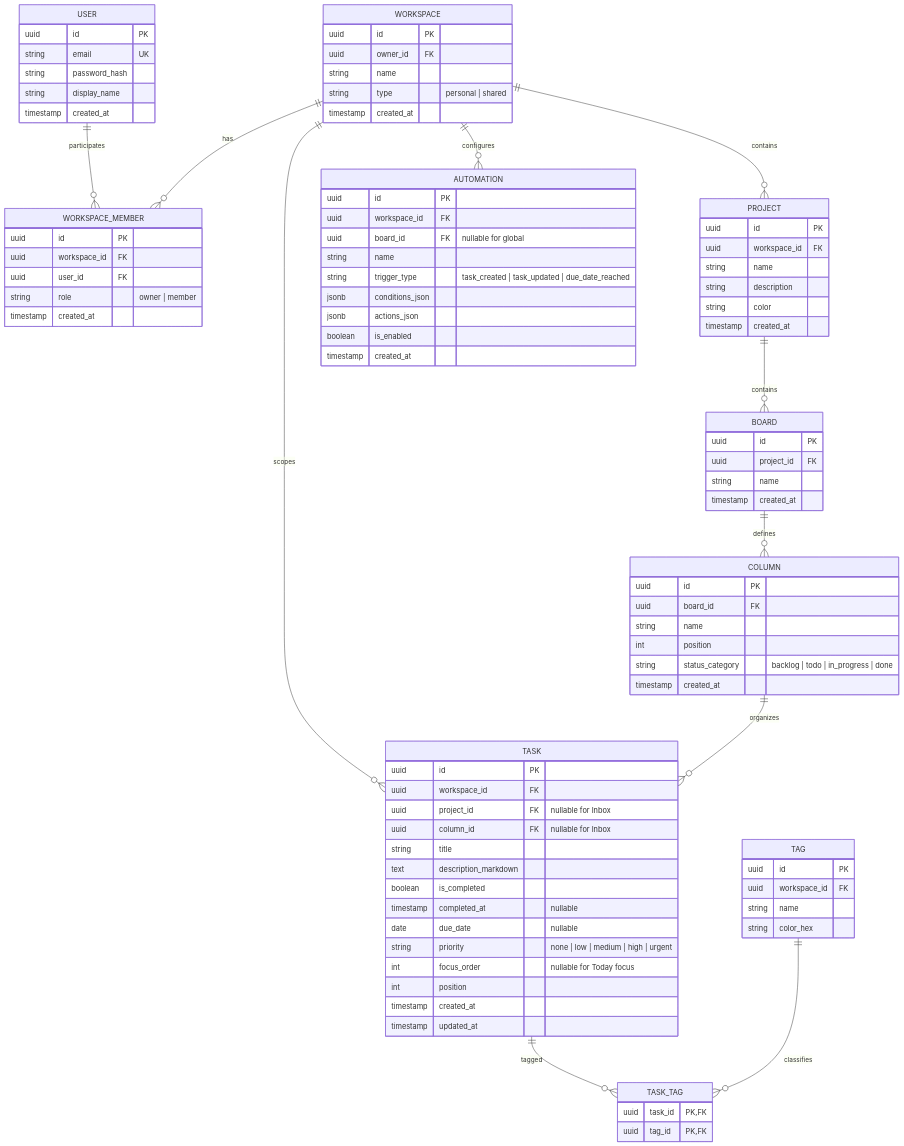
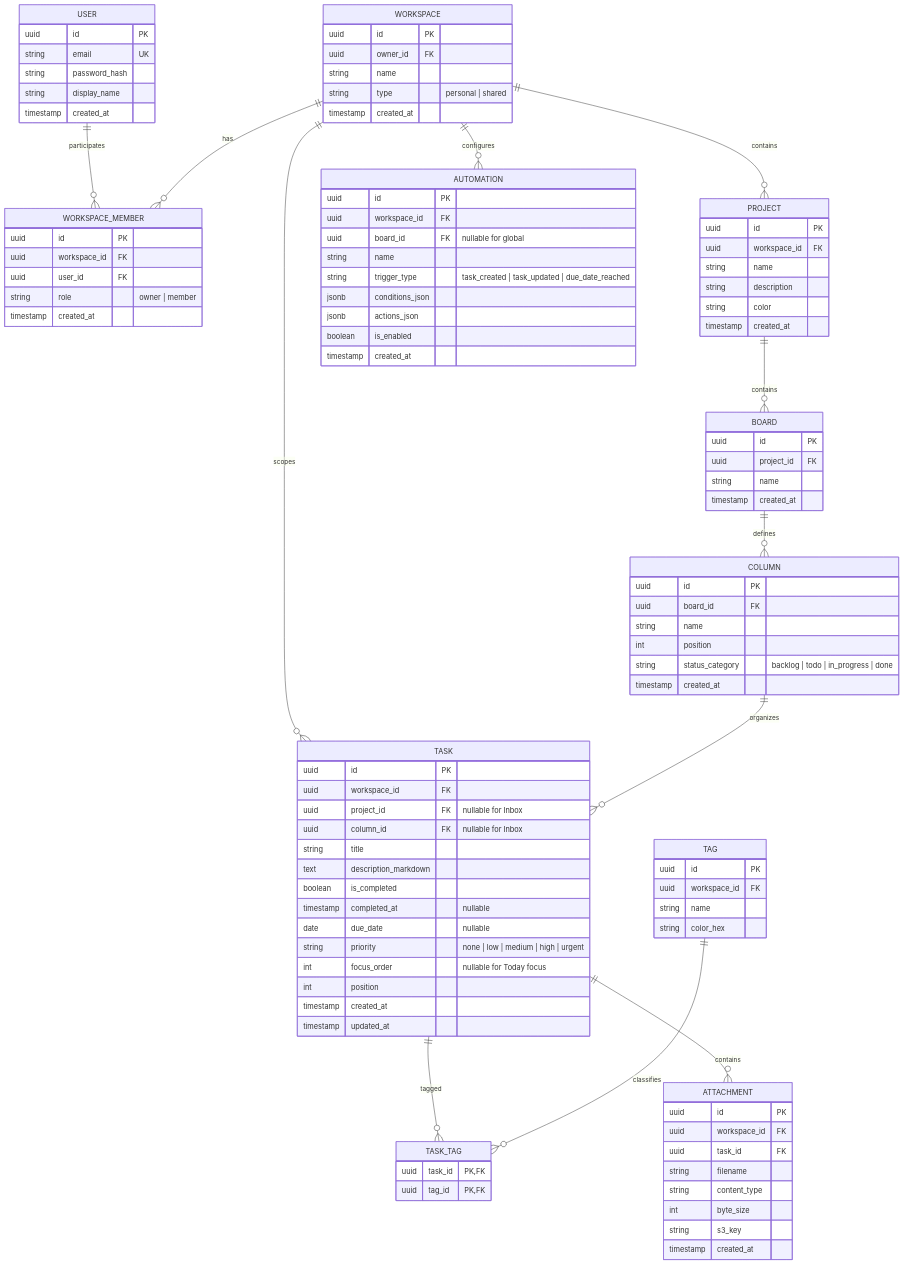
Before and after one commit to C4erries/takt: the diagram in docs/PROJECT_CONTEXT.md, drawn with Mermaid. The commit also changed other lines of this file and 53 other files, not shown here.

````diff
--- a/docs/PROJECT_CONTEXT.md
+++ b/docs/PROJECT_CONTEXT.md
@@ -54,6 +55,7 @@
     COLUMN ||--o{ TASK : organizes
     TASK ||--o{ TASK_TAG : tagged
     TAG ||--o{ TASK_TAG : classifies
+    TASK ||--o{ ATTACHMENT : contains
 
     USER {
         uuid id PK
@@ -144,4 +146,15 @@
         boolean is_enabled
         timestamp created_at
     }
+
+    ATTACHMENT {
+        uuid id PK
+        uuid workspace_id FK
+        uuid task_id FK
+        string filename
+        string content_type
+        int byte_size
+        string s3_key
+        timestamp created_at
+    }
 ```
````
